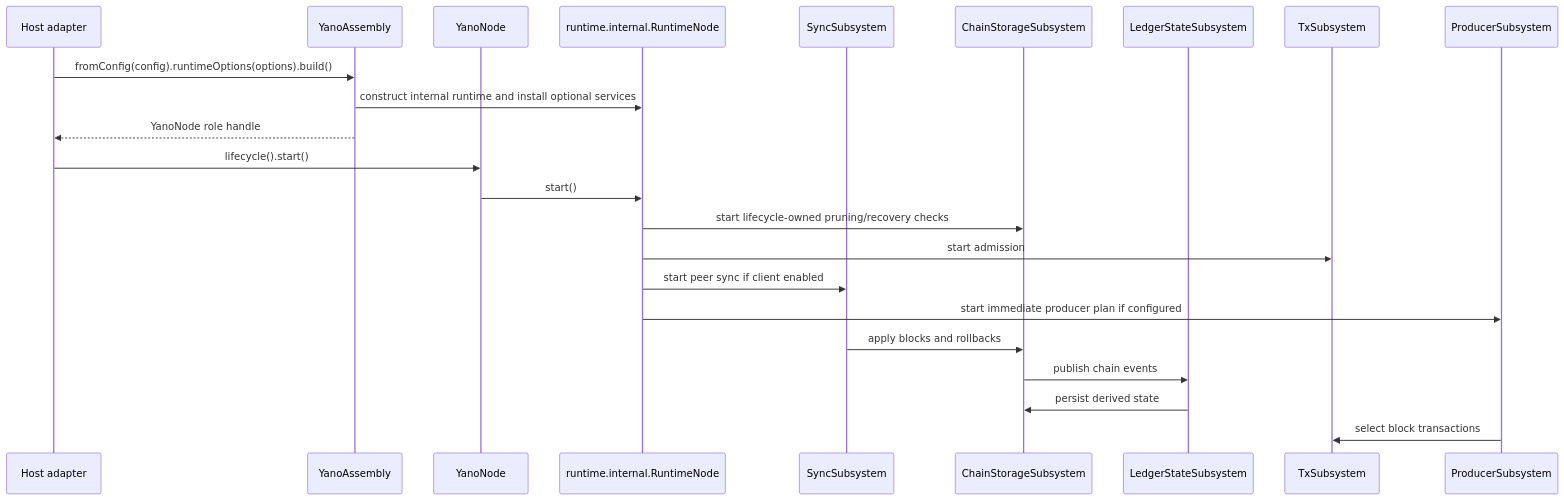
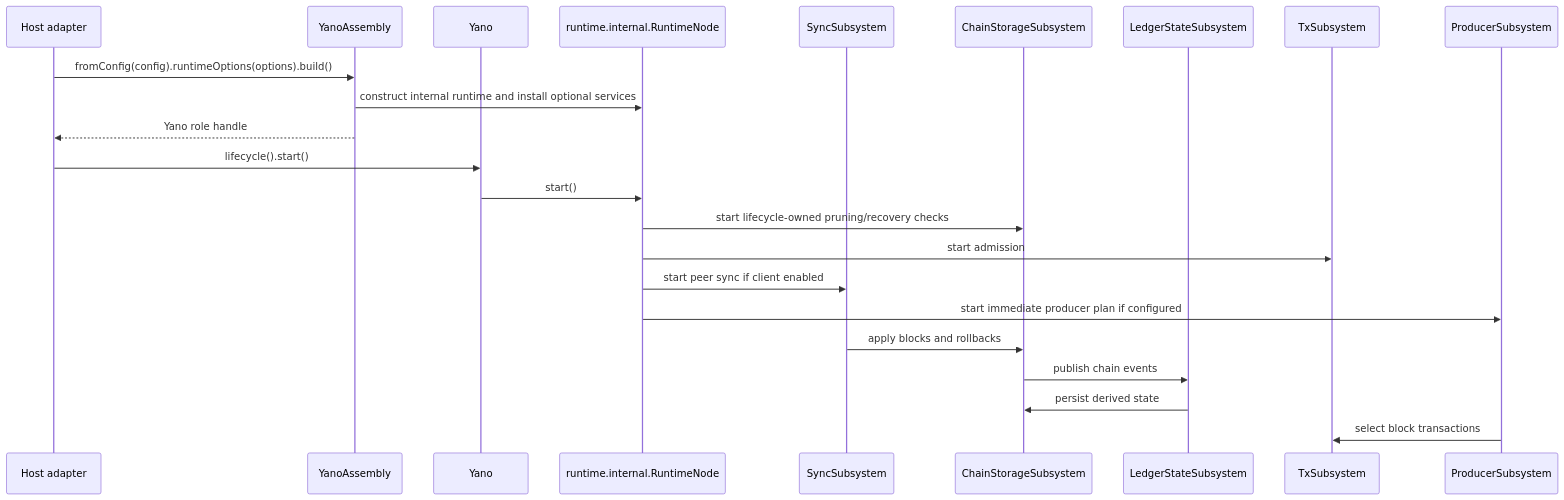
The fourth of 5 diagrams in adr/in-progress/028-runtime-decomposition-high-level-design.md (bloxbean/yano), drawn with Mermaid before and after one commit. The commit also changed other lines of this file and 20 other files, not shown here.

Commit message:
Rename YanoNode handle to Yano

````diff
--- a/adr/in-progress/028-runtime-decomposition-high-level-design.md
+++ b/adr/in-progress/028-runtime-decomposition-high-level-design.md
@@ -80,26 +80,26 @@
 ```mermaid
 sequenceDiagram
     participant Host as Host adapter
     participant Assembly as YanoAssembly
-    participant Node as YanoNode
+    participant Node as Yano
     participant Runtime as runtime.internal.RuntimeNode
     participant Sync as SyncSubsystem
     participant Storage as ChainStorageSubsystem
     participant Ledger as LedgerStateSubsystem
     participant Tx as TxSubsystem
     participant Producer as ProducerSubsystem
 
     Host->>Assembly: fromConfig(config).runtimeOptions(options).build()
     Assembly->>Runtime: construct internal runtime and install optional services
-    Assembly-->>Host: YanoNode role handle
+    Assembly-->>Host: Yano role handle
     Host->>Node: lifecycle().start()
     Node->>Runtime: start()
     Runtime->>Storage: start lifecycle-owned pruning/recovery checks
     Runtime->>Tx: start admission
     Runtime->>Sync: start peer sync if client enabled
     Runtime->>Producer: start immediate producer plan if configured
     Sync->>Storage: apply blocks and rollbacks
     Storage->>Ledger: publish chain events
     Ledger->>Storage: persist derived state
     Producer->>Tx: select block transactions
 ```
````
